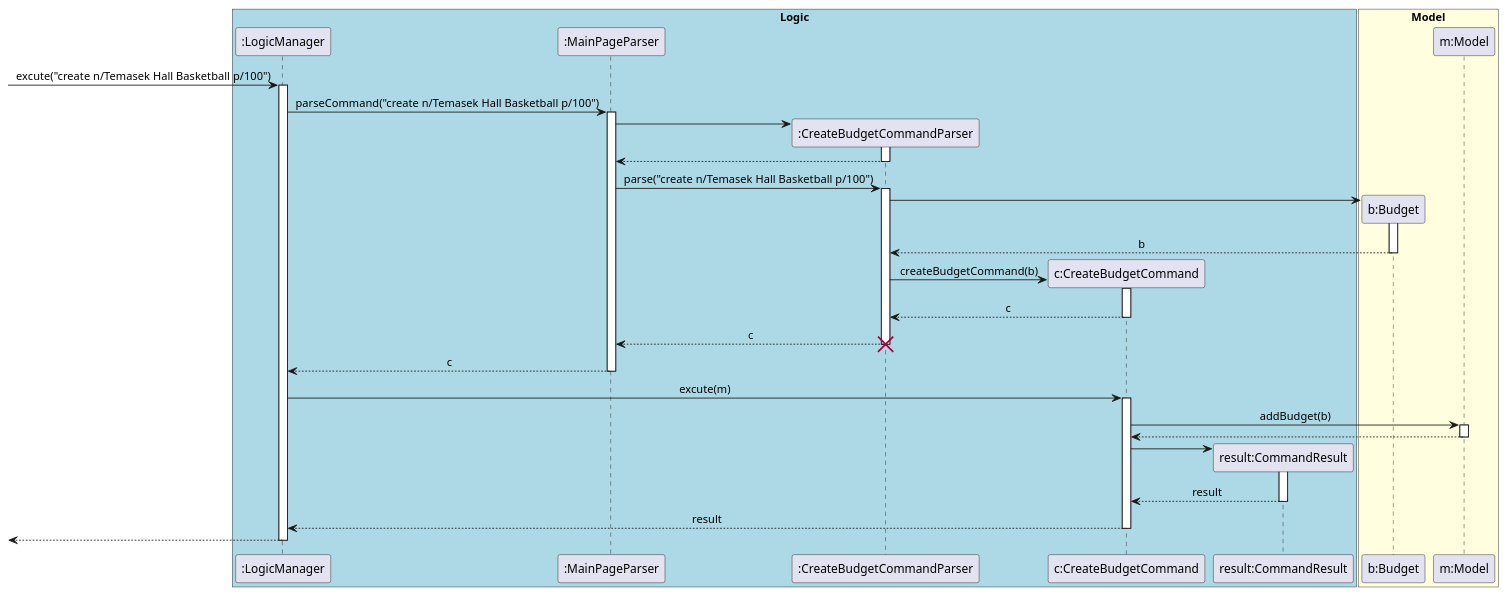
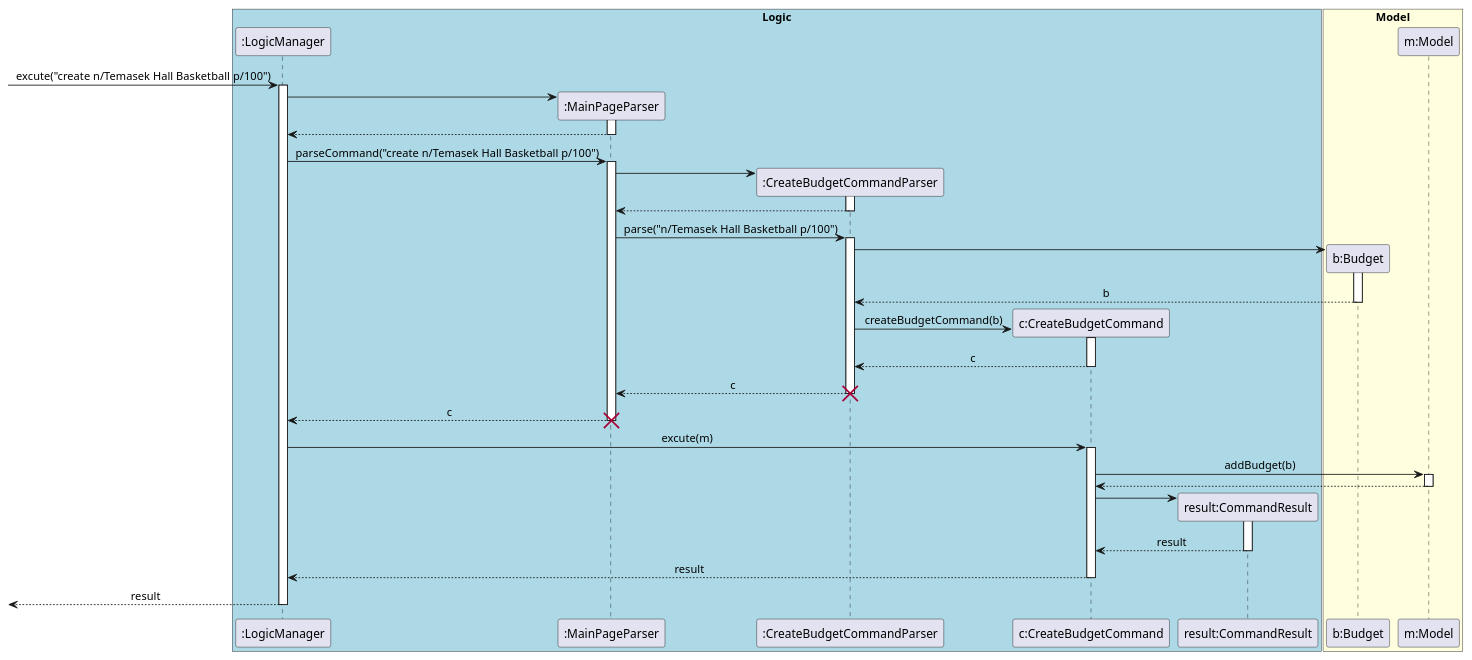
Before and after one commit to yu-ming-chen/tp: the diagram in docs/diagrams/commandsPlantUML/CreateBudgetCommand.puml, drawn with PlantUML. The commit also changed 12 other files, not shown here.

Commit message:
Edit sequence diagram in Dg

```diff
--- a/docs/diagrams/commandsPlantUML/CreateBudgetCommand.puml
+++ b/docs/diagrams/commandsPlantUML/CreateBudgetCommand.puml
@@ -1,69 +1,75 @@
 @startuml
 skinparam Sequence {
     MessageAlign center
 }
 box "Logic" #LightBlue
 participant ":LogicManager" as LM
 participant ":MainPageParser" as MPP
 participant ":CreateBudgetCommandParser" as CBCP
 participant "c:CreateBudgetCommand" as CBC
 participant "result:CommandResult" as CR
 end box
 
 box "Model" #LightYellow
 participant "b:Budget" as Budget
 participant "m:Model" as M
 end box
 
 [-> LM : excute("create n/Temasek Hall Basketball p/100")
 activate LM
+create MPP
+LM -> MPP
+activate MPP
+LM <-- MPP
+deactivate MPP
 LM -> MPP : parseCommand("create n/Temasek Hall Basketball p/100")
 activate MPP
 
 create CBCP
 MPP -> CBCP
 activate CBCP
 MPP <-- CBCP
 deactivate CBCP
-MPP -> CBCP : parse("create n/Temasek Hall Basketball p/100")
+MPP -> CBCP : parse("n/Temasek Hall Basketball p/100")
 activate CBCP
 
 create Budget
 CBCP -> Budget
 activate Budget
 CBCP <-- Budget : b
 deactivate Budget
 
 create CBC
 CBCP -> CBC : createBudgetCommand(b)
 activate CBC
 CBCP <-- CBC : c
 deactivate CBC
 MPP <-- CBCP : c
 
 destroy CBCP
 
 deactivate CBCP
 LM <-- MPP : c
 deactivate MPP
+destroy MPP
 
 LM -> CBC: excute(m)
 
 activate CBC
 CBC -> M : addBudget(b)
 activate M
 CBC <-- M
 deactivate M
 
 create CR
 CBC -> CR
 activate CR
 CBC <-- CR :result
 deactivate CR
 
 LM <-- CBC: result
 deactivate CBC
-[<-- LM
+[<-- LM: result
 deactivate LM
 
 @enduml
```
